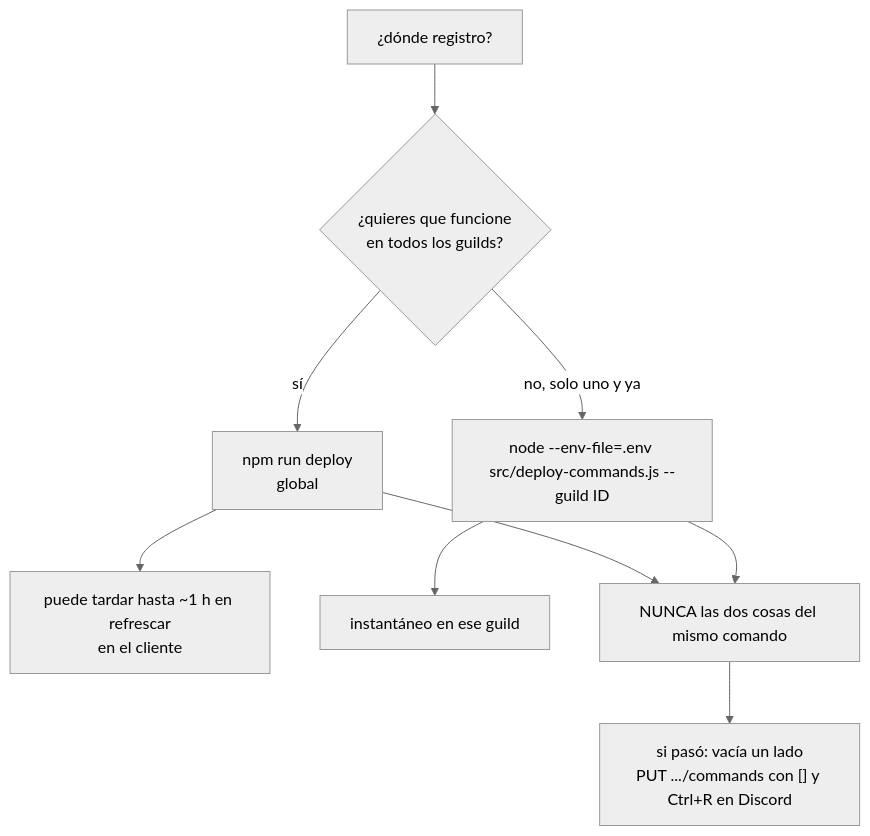
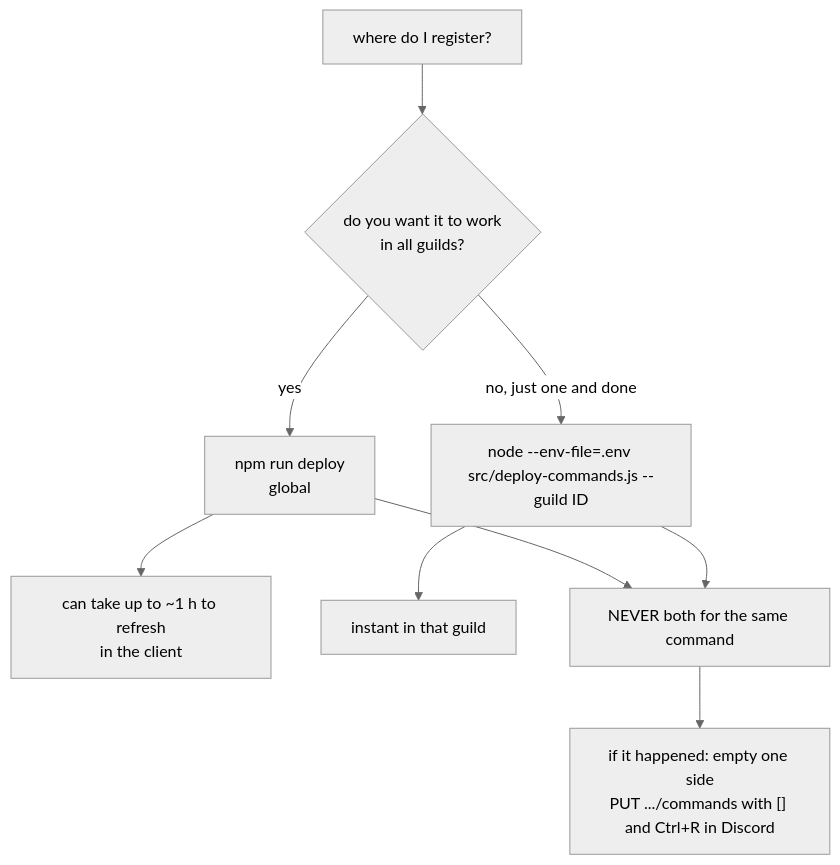
One commit to neyzerth/gameap-discord changed the diagram in docs/operations.md. Above: the diagram before and after it, drawn with Mermaid (neutral theme). The commit also changed other lines of this file and 37 other files, not shown here.

````diff
--- a/docs/operations.md
+++ b/docs/operations.md
@@ -51,11 +55,11 @@
 ```mermaid
 flowchart TD
-  A["¿dónde registro?"] --> B{"¿quieres que funcione<br/>en todos los guilds?"}
-  B -- sí --> C["npm run deploy<br/>global"]
-  B -- "no, solo uno y ya" --> D["node --env-file=.env src/deploy-commands.js --guild ID"]
-  C --> E["puede tardar hasta ~1 h en refrescar<br/>en el cliente"]
-  D --> F["instantáneo en ese guild"]
-  C --> G["NUNCA las dos cosas del mismo comando"]
+  A["where do I register?"] --> B{"do you want it to work<br/>in all guilds?"}
+  B -- yes --> C["npm run deploy<br/>global"]
+  B -- "no, just one and done" --> D["node --env-file=.env src/deploy-commands.js --guild ID"]
+  C --> E["can take up to ~1 h to refresh<br/>in the client"]
+  D --> F["instant in that guild"]
+  C --> G["NEVER both for the same command"]
   D --> G
-  G --> H["si pasó: vacía un lado<br/>PUT .../commands con [] y Ctrl+R en Discord"]
+  G --> H["if it happened: empty one side<br/>PUT .../commands with [] and Ctrl+R in Discord"]
 ```
````
